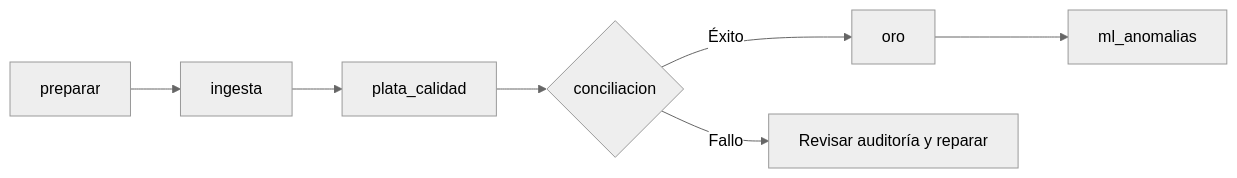
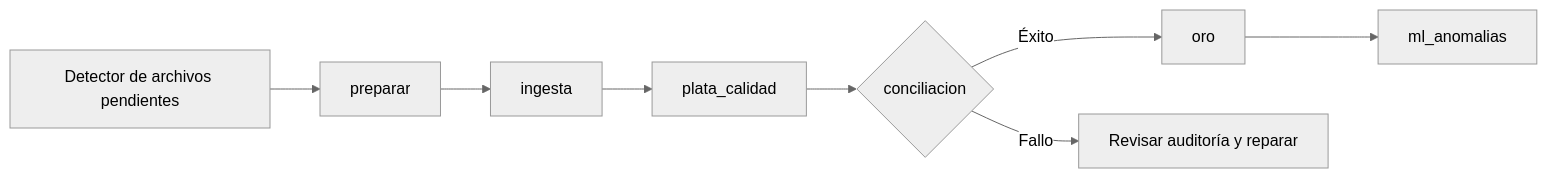
The diagram in docs/architecture/fase4-dag-orquestacion.md (danteboe/MINE4213-Proyecto), drawn with Mermaid (neutral theme) before and after one commit. The commit also changed other lines of this file and 18 other files, not shown here.

````diff
--- a/docs/architecture/fase4-dag-orquestacion.md
+++ b/docs/architecture/fase4-dag-orquestacion.md
@@ -3,9 +3,10 @@
 ```mermaid
 flowchart LR
+    V[Detector de archivos pendientes] --> A
     A[preparar] --> B[ingesta]
     B --> C[plata_calidad]
     C --> D{conciliacion}
     D -->|Éxito| E[oro]
     E --> F[ml_anomalias]
     D -->|Fallo| X[Revisar auditoría y reparar]
 ```
````
